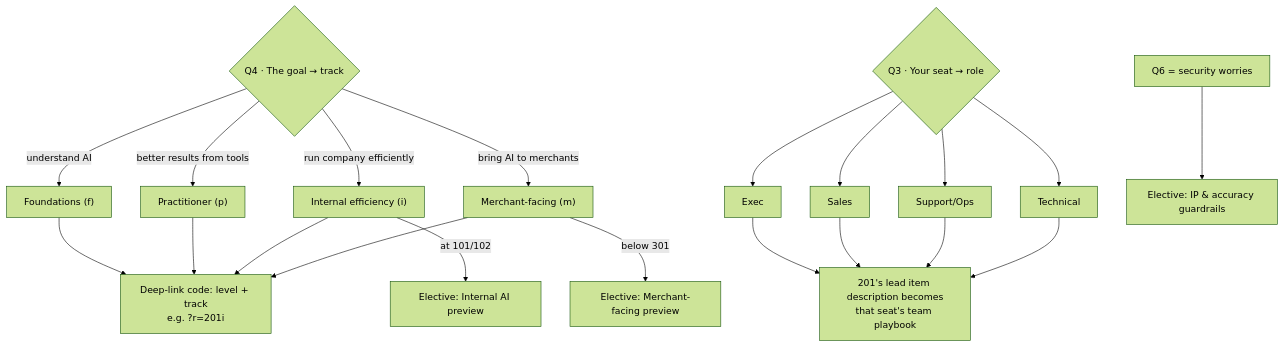
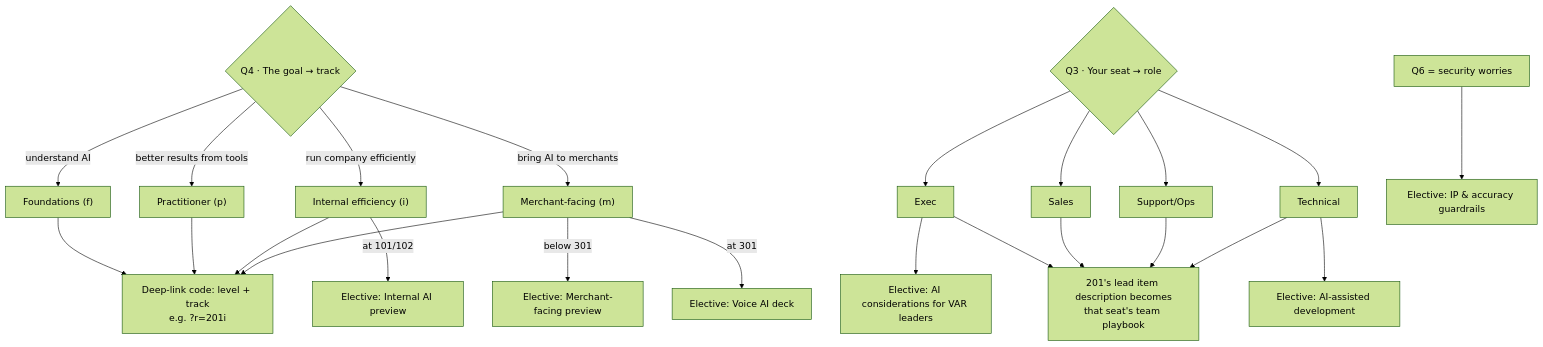
Before and after one commit to edcrottydcap/RSPA-AI-Path-Finder: the second of 2 diagrams in docs/placement-logic.md, drawn with Mermaid (forest theme). The commit also changed other lines of this file and 42 other files, not shown here.

````diff
--- a/docs/placement-logic.md
+++ b/docs/placement-logic.md
@@ -34,18 +34,21 @@
 ```mermaid
 flowchart TD
     Q4{"Q4 · The goal → track"}
     Q4 -- "understand AI" --> TF["Foundations (f)"]
     Q4 -- "better results from tools" --> TP["Practitioner (p)"]
     Q4 -- "run company efficiently" --> TI["Internal efficiency (i)"]
     Q4 -- "bring AI to merchants" --> TM["Merchant-facing (m)"]
 
     Q3{"Q3 · Your seat → role"}
     Q3 --> RE["Exec"] & RS["Sales"] & RO["Support/Ops"] & RT["Technical"]
 
     TI -- "at 101/102" --> EI["Elective: Internal AI preview"]
     TM -- "below 301" --> EM["Elective: Merchant-facing preview"]
+    TM -- "at 301" --> EV["Elective: Voice AI deck"]
     RISK["Q6 = security worries"] --> ES["Elective: IP & accuracy guardrails"]
+    RT --> ET["Elective: AI-assisted development"]
+    RE --> EX["Elective: AI considerations for VAR leaders"]
 
     RE & RS & RO & RT --> R201["201's lead item description becomes<br/>that seat's team playbook"]
     TF & TP & TI & TM --> CODE["Deep-link code: level + track<br/>e.g. ?r=201i"]
 ```
````
